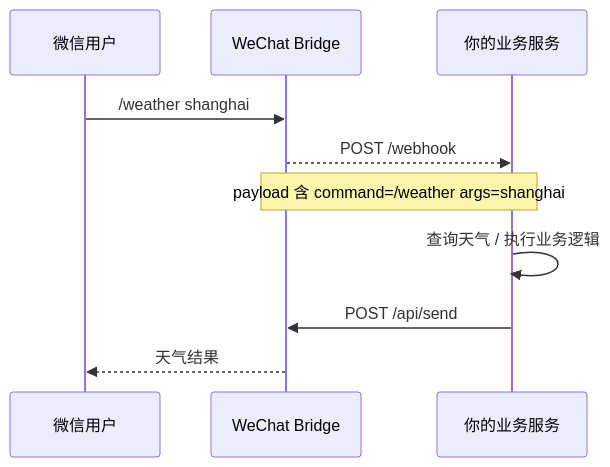
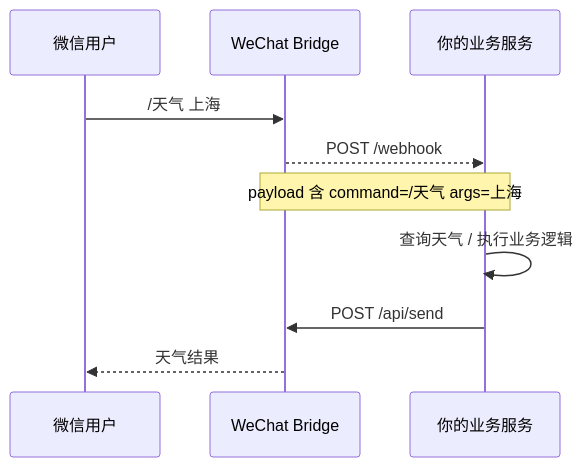
The diagram in docs/webhook-async-reply.md (yuuouu/WeChat-Bridge), drawn with Mermaid before and after one commit. The commit also changed other lines of this file and 7 other files, not shown here.

````diff
--- a/docs/webhook-async-reply.md
+++ b/docs/webhook-async-reply.md
@@ -22,13 +22,13 @@
 ```mermaid
 sequenceDiagram
     participant User as 微信用户
     participant Bridge as WeChat Bridge
     participant Biz as 你的业务服务
 
-    User->>Bridge: /weather shanghai
+    User->>Bridge: /天气 上海
     Bridge-->>Biz: POST /webhook
-    Note over Bridge,Biz: payload 含 command=/weather args=shanghai
+    Note over Bridge,Biz: payload 含 command=/天气 args=上海
     Biz->>Biz: 查询天气 / 执行业务逻辑
     Biz->>Bridge: POST /api/send
     Bridge-->>User: 天气结果
 ```
````
